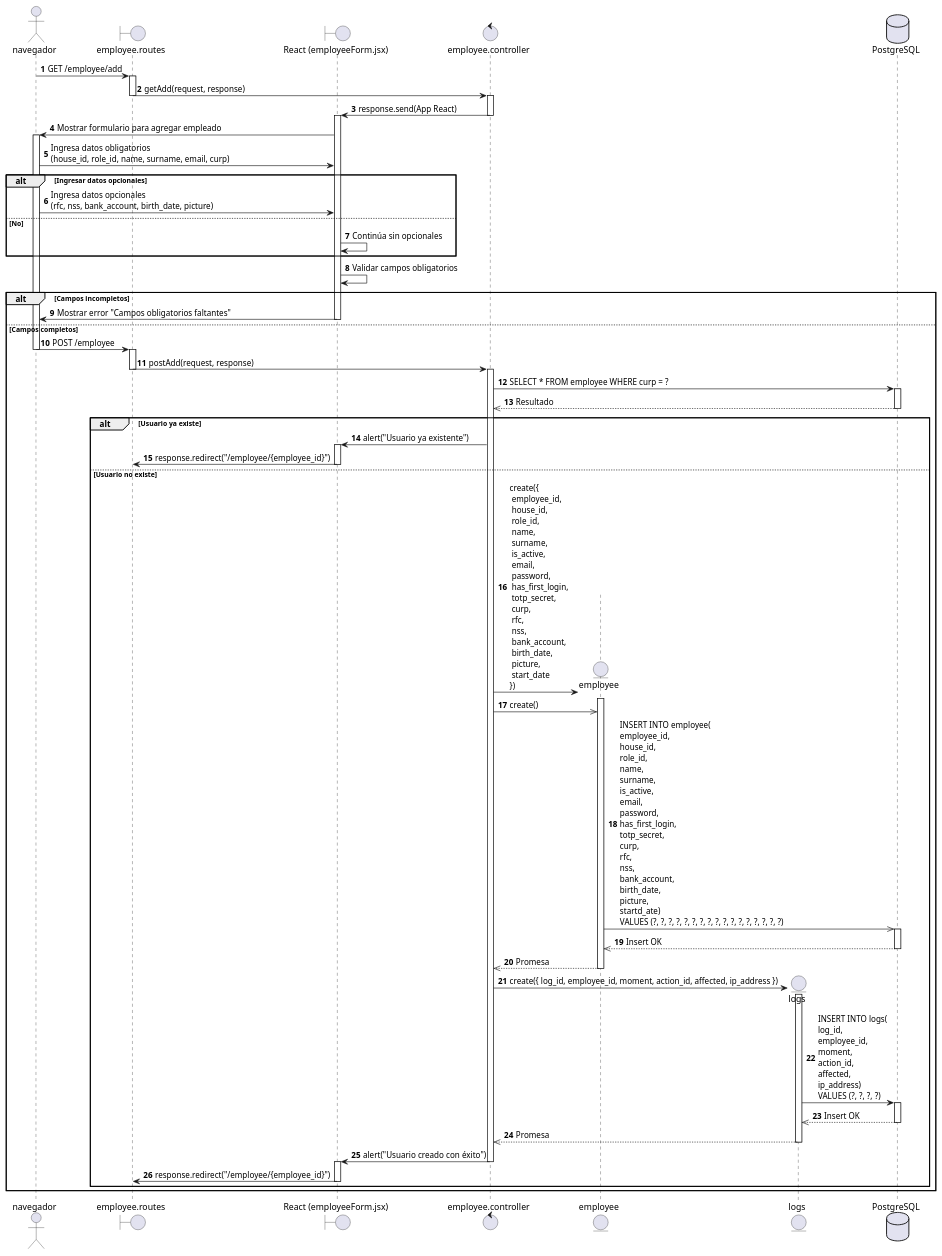
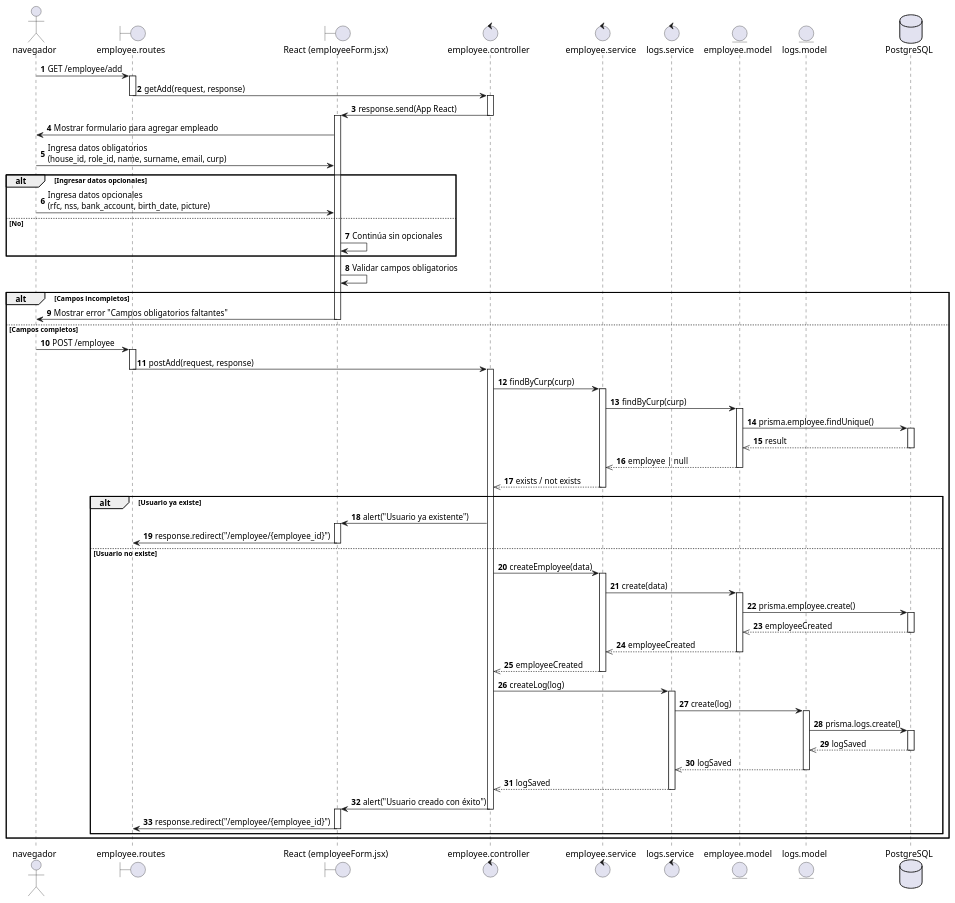
One commit to AztlanConsulting/RCHQ-Back changed the diagram in diagrams/Sequence diagram/HU01.puml. Above: the diagram before and after it, drawn with PlantUML.

Commit message:
add: Se agrega la capa de servicios y se declara expliciatamente la capa del modelo

```diff
--- a/diagrams/Sequence diagram/HU01.puml
+++ b/diagrams/Sequence diagram/HU01.puml
@@ -1,101 +1,120 @@
 @startuml HU01 - Administrador registra empleado
 
 actor navegador
 boundary employee.routes
 boundary "React (employeeForm.jsx)" as ReactView
 control employee.controller
-entity employee
-entity logs
+control employee.service
+control logs.service
+entity employee.model
+entity logs.model
 database PostgreSQL
 
 autonumber
 
 navegador -> employee.routes : GET /employee/add
 activate employee.routes
 
 employee.routes -> employee.controller: getAdd(request, response)
 deactivate employee.routes
 activate employee.controller
 
 employee.controller -> ReactView: response.send(App React)
 deactivate employee.controller
 activate ReactView
 
 ReactView -> navegador : Mostrar formulario para agregar empleado
-activate navegador
 
 navegador -> ReactView : Ingresa datos obligatorios\n(house_id, role_id, name, surname, email, curp)
 
 alt Ingresar datos opcionales
     navegador -> ReactView : Ingresa datos opcionales\n(rfc, nss, bank_account, birth_date, picture)
 else No
     ReactView -> ReactView : Continúa sin opcionales
 end
 
 ReactView -> ReactView : Validar campos obligatorios
 
 alt Campos incompletos
     ReactView -> navegador : Mostrar error "Campos obligatorios faltantes"
     deactivate ReactView
 else Campos completos
 
     navegador -> employee.routes : POST /employee
     deactivate navegador
     activate employee.routes
 
     employee.routes -> employee.controller : postAdd(request, response)
     deactivate employee.routes
     activate employee.controller
 
-    employee.controller -> PostgreSQL : SELECT * FROM employee WHERE curp = ?
+    employee.controller -> employee.service : findByCurp(curp)
+    activate employee.service
+
+    employee.service -> employee.model : findByCurp(curp)
+    activate employee.model
+
+    employee.model -> PostgreSQL : prisma.employee.findUnique()
     activate PostgreSQL
-    PostgreSQL -->> employee.controller : Resultado
+    PostgreSQL -->> employee.model : result
     deactivate PostgreSQL
+
+    employee.model -->> employee.service : employee | null
+    deactivate employee.model
+
+    employee.service -->> employee.controller : exists / not exists
+    deactivate employee.service
 
     alt Usuario ya existe
         employee.controller -> ReactView : alert("Usuario ya existente")
         activate ReactView
 
         ReactView -> employee.routes : response.redirect("/employee/{employee_id}")
         deactivate ReactView
         
     else Usuario no existe
-        
-        create employee
-        employee.controller -> employee : create({\n employee_id,\n house_id,\n role_id,\n name,\n surname,\n is_active,\n email,\n password,\n has_first_login,\n totp_secret,\n curp,\n rfc,\n nss,\n bank_account,\n birth_date,\n picture,\n start_date\n})
-        activate employee
+        employee.controller -> employee.service : createEmployee(data)
+        activate employee.service
 
-        employee.controller ->> employee : create()
-        
-        employee ->> PostgreSQL : INSERT INTO employee(\nemployee_id,\nhouse_id,\nrole_id,\nname,\nsurname,\nis_active,\nemail,\npassword,\nhas_first_login,\ntotp_secret,\ncurp,\nrfc,\nnss,\nbank_account,\nbirth_date,\npicture,\nstartd_ate)\nVALUES (?, ?, ?, ?, ?, ?, ?, ?, ?, ?, ?, ?, ?, ?, ?, ?, ?)
+        employee.service -> employee.model : create(data)
+        activate employee.model
 
+        employee.model -> PostgreSQL : prisma.employee.create()
         activate PostgreSQL
-        PostgreSQL -->> employee : Insert OK
+        PostgreSQL -->> employee.model : employeeCreated
         deactivate PostgreSQL
 
-        employee -->> employee.controller : Promesa
-        deactivate employee
+        employee.model -->> employee.service : employeeCreated
+        deactivate employee.model
 
-        create logs
-        employee.controller -> logs : create({ log_id, employee_id, moment, action_id, affected, ip_address })
-        activate logs
+        employee.service -->> employee.controller : employeeCreated
+        deactivate employee.service
+        
+        employee.controller -> logs.service : createLog(log)
+        activate logs.service
 
-        logs -> PostgreSQL : INSERT INTO logs(\nlog_id,\nemployee_id,\nmoment, \naction_id, \naffected, \nip_address)\nVALUES (?, ?, ?, ?)
+        logs.service -> logs.model : create(log)
+        activate logs.model
+
+        logs.model -> PostgreSQL : prisma.logs.create()
         activate PostgreSQL
-        PostgreSQL -->> logs : Insert OK
+        PostgreSQL -->> logs.model : logSaved
         deactivate PostgreSQL
 
-        logs -->> employee.controller : Promesa
-        deactivate logs
-        
+        logs.model -->> logs.service : logSaved
+        deactivate logs.model
+
+        logs.service -->> employee.controller : logSaved
+        deactivate logs.service
+
         employee.controller -> ReactView : alert("Usuario creado con éxito")
         deactivate employee.controller
         activate ReactView
         
         ReactView -> employee.routes : response.redirect("/employee/{employee_id}")
         deactivate ReactView
 
     end
 end
 
 @enduml
```
